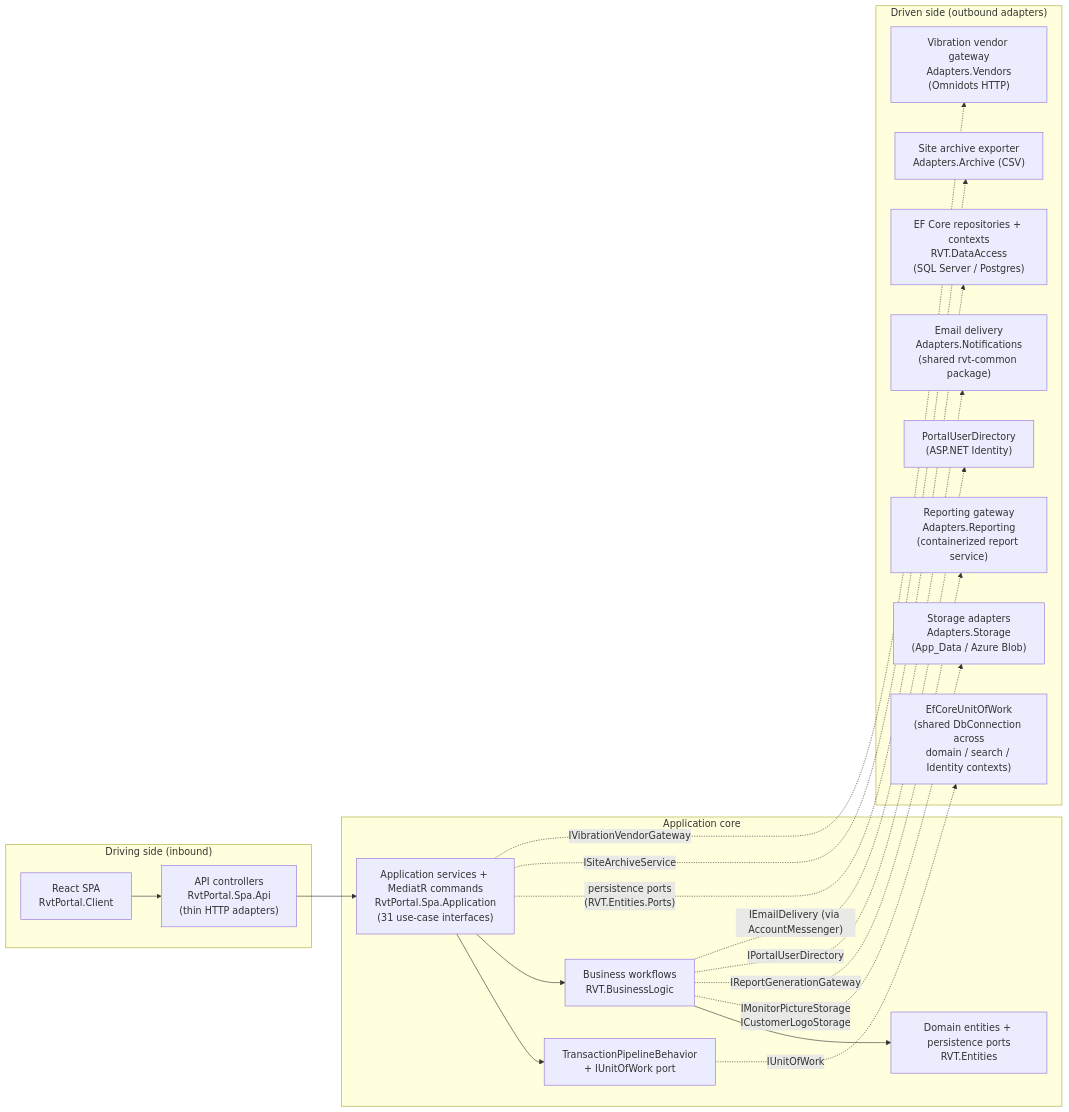
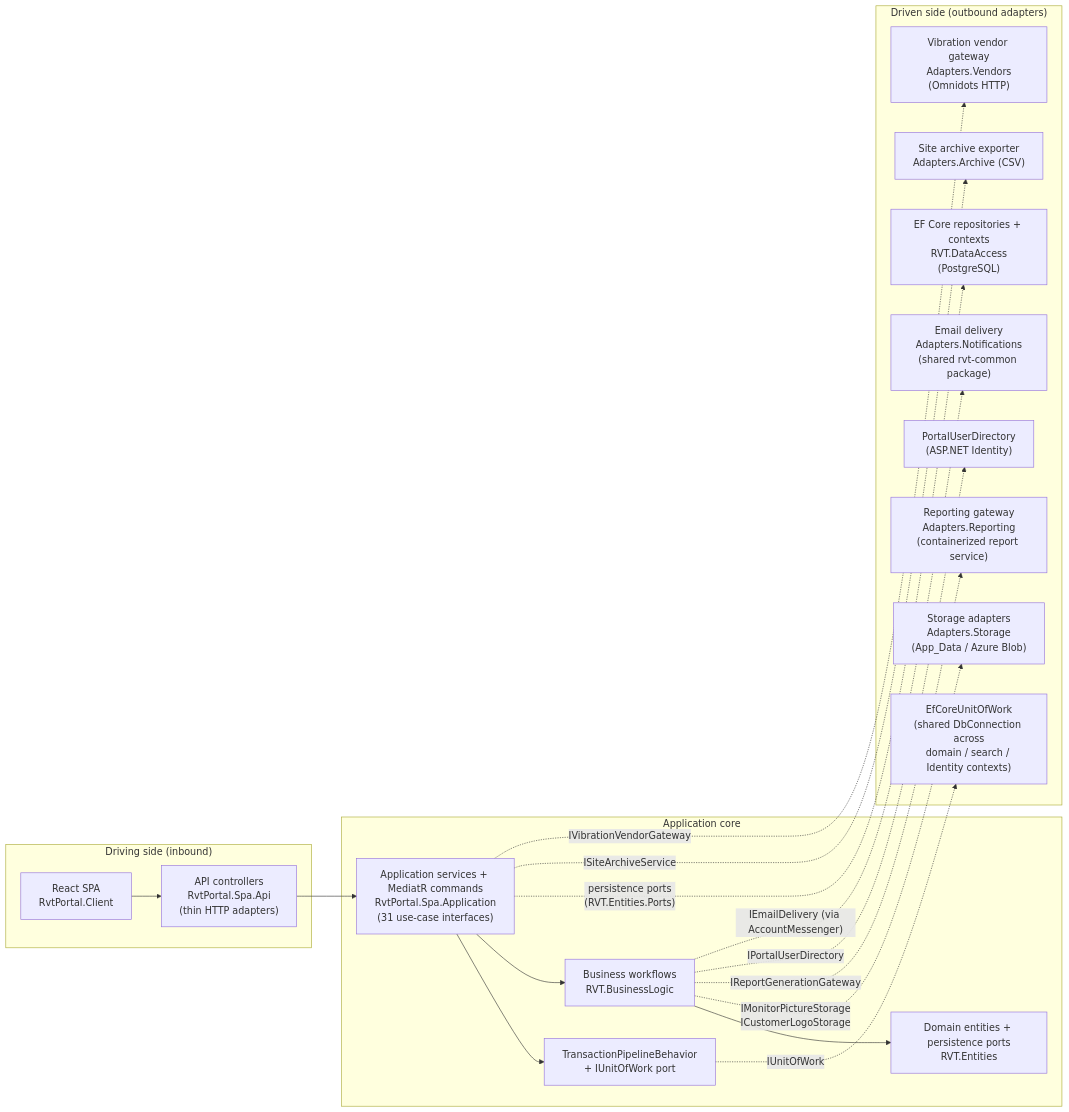
One commit to chris-oldgeorge/rvt-mono changed the first of 3 diagrams in docs/release/portal/2026-07-15-rc-review-response.md. Above: the diagram before and after it, drawn with Mermaid. The commit also changed other lines of this file and 111 other files, not shown here.

Commit message:
docs: make PostgreSQL the sole database contract

````diff
--- a/docs/release/portal/2026-07-15-rc-review-response.md
+++ b/docs/release/portal/2026-07-15-rc-review-response.md
@@ -137,39 +137,39 @@
 ```mermaid
 flowchart LR
     subgraph DRIVING["Driving side (inbound)"]
         SPA["React SPA<br/>RvtPortal.Client"]
         API["API controllers<br/>RvtPortal.Spa.Api<br/>(thin HTTP adapters)"]
     end
 
     subgraph CORE["Application core"]
         APPSVC["Application services + MediatR commands<br/>RvtPortal.Spa.Application<br/>(31 use-case interfaces)"]
         TX["TransactionPipelineBehavior<br/>+ IUnitOfWork port"]
         BL["Business workflows<br/>RVT.BusinessLogic"]
         DOM["Domain entities + persistence ports<br/>RVT.Entities"]
     end
 
     subgraph DRIVEN["Driven side (outbound adapters)"]
-        EF["EF Core repositories + contexts<br/>RVT.DataAccess<br/>(SQL Server / Postgres)"]
+        EF["EF Core repositories + contexts<br/>RVT.DataAccess<br/>(PostgreSQL)"]
         UOW["EfCoreUnitOfWork<br/>(shared DbConnection across<br/>domain / search / Identity contexts)"]
         STOR["Storage adapters<br/>Adapters.Storage<br/>(App_Data / Azure Blob)"]
         REP["Reporting gateway<br/>Adapters.Reporting<br/>(containerized report service)"]
         ARC["Site archive exporter<br/>Adapters.Archive (CSV)"]
         IDN["PortalUserDirectory<br/>(ASP.NET Identity)"]
         VEN["Vibration vendor gateway<br/>Adapters.Vendors<br/>(Omnidots HTTP)"]
         EMAIL["Email delivery<br/>Adapters.Notifications<br/>(shared rvt-common package)"]
     end
 
     SPA --> API
     API --> APPSVC
     APPSVC --> TX
     APPSVC --> BL
     BL --> DOM
     TX -. "IUnitOfWork" .-> UOW
     APPSVC -. "persistence ports<br/>(RVT.Entities.Ports)" .-> EF
     BL -. "IMonitorPictureStorage<br/>ICustomerLogoStorage" .-> STOR
     BL -. "IReportGenerationGateway" .-> REP
     APPSVC -. "ISiteArchiveService" .-> ARC
     BL -. "IPortalUserDirectory" .-> IDN
     APPSVC -. "IVibrationVendorGateway" .-> VEN
     BL -. "IEmailDelivery (via AccountMessenger)" .-> EMAIL
 ```
````
